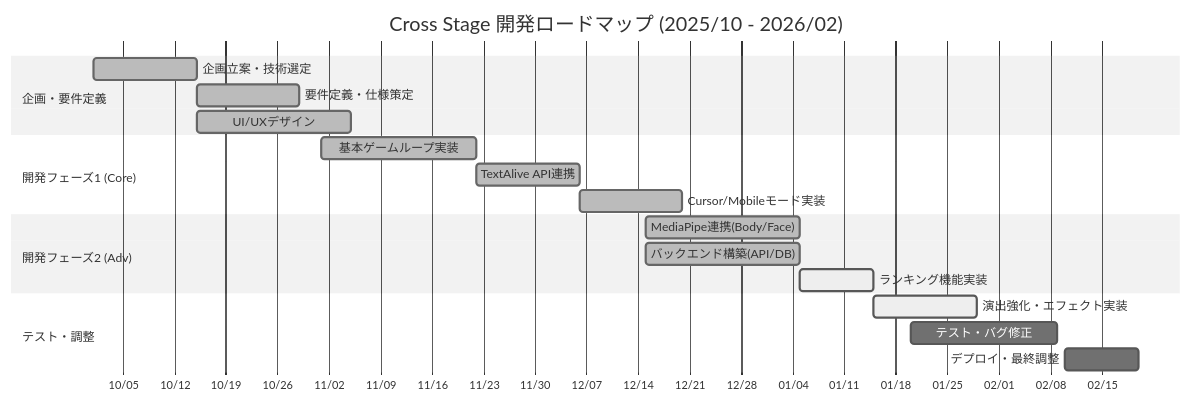
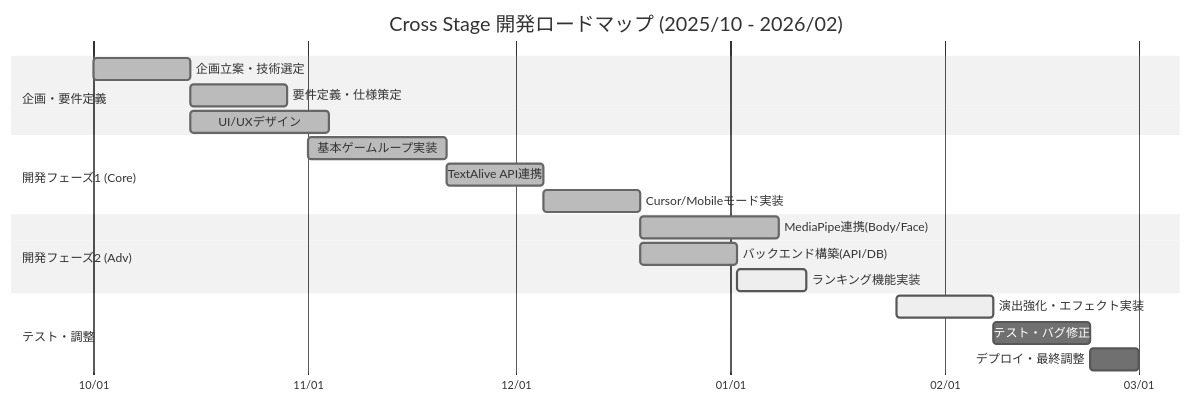
Before and after one commit to syusyusyusyu/star: the sixth of 9 diagrams in README.md, drawn with Mermaid (neutral theme).

Commit message:
fix: 開発スケジュールの期間を調整し、タスクの依存関係を明確化

````diff
--- a/README.md
+++ b/README.md
@@ -195,26 +195,26 @@
 ```mermaid
 gantt
     title Cross Stage 開発ロードマップ (2025/10 - 2026/02)
     dateFormat  YYYY-MM-DD
     axisFormat %m/%d
     
     section 企画・要件定義
     企画立案・技術選定       :done, a1, 2025-10-01, 14d
     要件定義・仕様策定       :done, a2, after a1, 14d
-    UI/UXデザイン           :done, a3, after a1, 21d
+    UI/UXデザイン           :done, a3, after a1, 20d
     
     section 開発フェーズ1 (Core)
-    基本ゲームループ実装     :done, b1, 2025-11-01, 21d
+    基本ゲームループ実装     :done, b1, 2025-11-01, 20d
     TextAlive API連携       :done, b2, after b1, 14d
     Cursor/Mobileモード実装 :done, b3, after b2, 14d
     
     section 開発フェーズ2 (Adv)
-    MediaPipe連携(Body/Face):done, c1, 2025-12-15, 21d
-    バックエンド構築(API/DB):done, c2, 2025-12-15, 21d
+    MediaPipe連携(Body/Face):done, c1, after b3, 20d
+    バックエンド構築(API/DB):done, c2, after b3, 14d
     ランキング機能実装       :active, c3, after c2, 10d
     
     section テスト・調整
-    演出強化・エフェクト実装 :active, d1, 2026-01-15, 14d
-    テスト・バグ修正         :d2, 2026-01-20, 20d
-    デプロイ・最終調整       :d3, 2026-02-10, 10d
+    演出強化・エフェクト実装 :active, d1, 2026-01-25, 14d
+    テスト・バグ修正         :d2, after d1, 14d
+    デプロイ・最終調整       :d3, after d2, 7d
 ```
````
